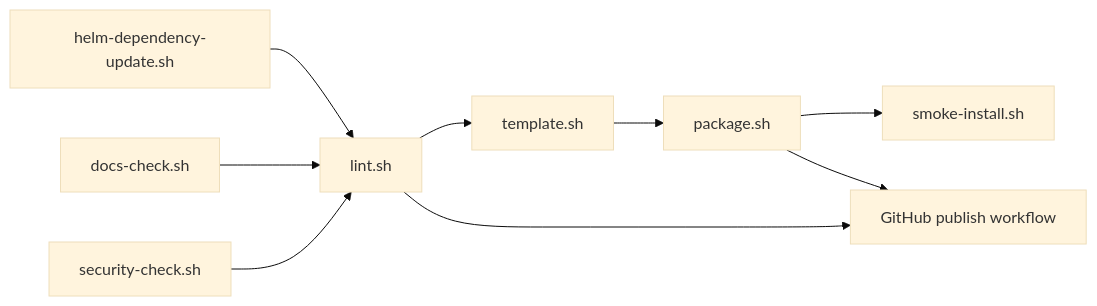
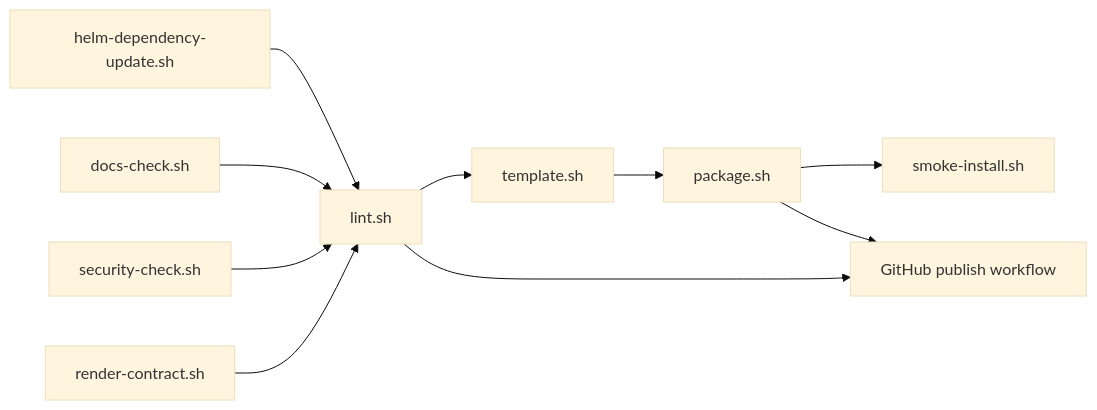
The diagram in hack/README.md (sanger-pathogens/dlh-in-a-box-umbrella-helm-chart), drawn with Mermaid (base theme) before and after one commit. The commit also changed other lines of this file and 54 other files, not shown here.

````diff
--- a/hack/README.md
+++ b/hack/README.md
@@ -8,11 +8,12 @@
 ```mermaid
 flowchart LR
   Update[helm-dependency-update.sh] --> Lint[lint.sh]
   Docs[docs-check.sh] --> Lint
   Security[security-check.sh] --> Lint
+  Contract[render-contract.sh] --> Lint
   Lint --> Render[template.sh]
   Render --> Package[package.sh]
   Package --> Smoke[smoke-install.sh]
   Lint --> Publish[GitHub publish workflow]
   Package --> Publish
 ```
````
